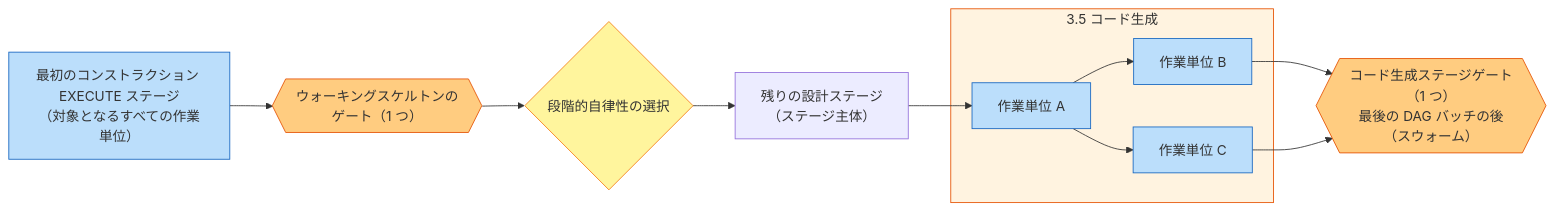
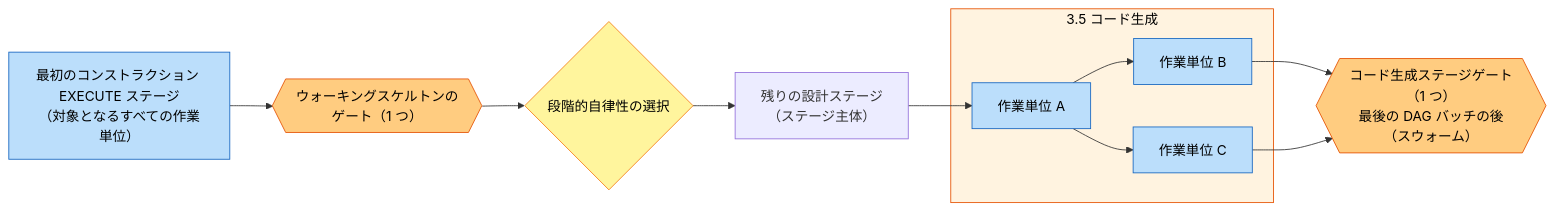
One commit to otomatty/aidlc-guide changed the fifth of 6 diagrams in docs/guide/ja/04-phases-and-stages.md. Above: the diagram before and after it, drawn with Mermaid. The commit also changed other lines of this file and 321 other files, not shown here.

````diff
--- a/docs/guide/ja/04-phases-and-stages.md
+++ b/docs/guide/ja/04-phases-and-stages.md
@@ -279,30 +279,30 @@
 ```mermaid
 flowchart LR
     S1["最初のコンストラクション EXECUTE ステージ\n（対象となるすべての作業単位）"]
     GA{{"ウォーキングスケルトンのゲート（1 つ）"}}
     L{"段階的自律性の選択"}
     LATER["残りの設計ステージ\n（ステージ主体）"]
 
     subgraph CG["3.5 コード生成"]
         A["作業単位 A"]
         B["作業単位 B"]
         C["作業単位 C"]
     end
 
     GBC{{"コード生成ステージゲート（1 つ）\n最後の DAG バッチの後（スウォーム）"}}
 
     S1 --> GA --> L --> LATER --> A
     A --> B
     A --> C
     B --> GBC
     C --> GBC
 
-    style S1 fill:#bbdefb,stroke:#1565c0
-    style GA fill:#ffcc80,stroke:#e65100
-    style L fill:#fff59d,stroke:#f57f17
-    style A fill:#bbdefb,stroke:#1565c0
-    style B fill:#bbdefb,stroke:#1565c0
-    style C fill:#bbdefb,stroke:#1565c0
-    style CG fill:#fff3e0,stroke:#e65100
-    style GBC fill:#ffcc80,stroke:#e65100
+    style S1 fill:#bbdefb,stroke:#1565c0,color:#000
+    style GA fill:#ffcc80,stroke:#e65100,color:#000
+    style L fill:#fff59d,stroke:#f57f17,color:#000
+    style A fill:#bbdefb,stroke:#1565c0,color:#000
+    style B fill:#bbdefb,stroke:#1565c0,color:#000
+    style C fill:#bbdefb,stroke:#1565c0,color:#000
+    style CG fill:#fff3e0,stroke:#e65100,color:#000
+    style GBC fill:#ffcc80,stroke:#e65100,color:#000
 ```
````
